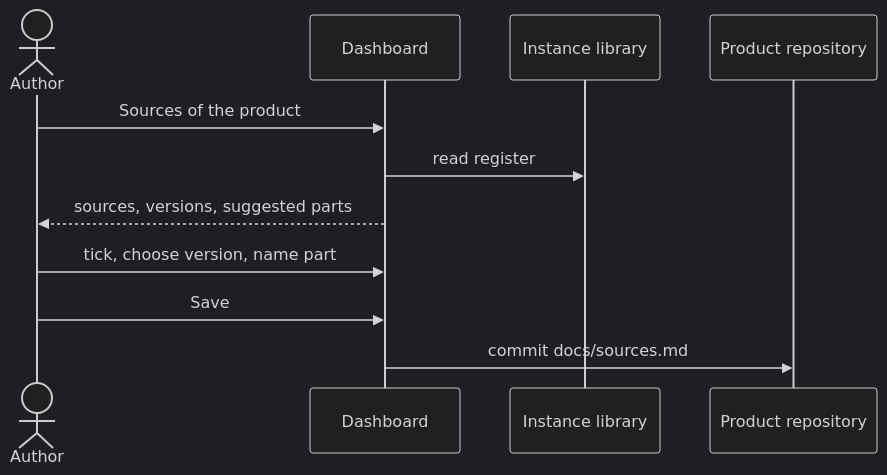
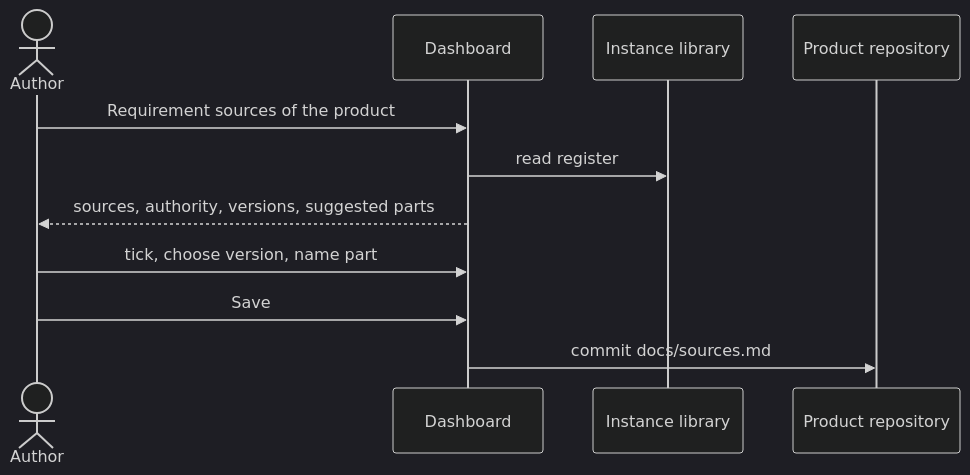
Before and after one commit to akmaier/agent-m: the diagram in docs/use-cases/UC-015-link-sources-to-a-product.md, drawn with Mermaid (dark theme). The commit also changed other lines of this file and 57 other files, not shown here.

````diff
--- a/docs/use-cases/UC-015-link-sources-to-a-product.md
+++ b/docs/use-cases/UC-015-link-sources-to-a-product.md
@@ -44,13 +59,13 @@
 ```mermaid
 sequenceDiagram
     actor A as Author
     participant D as Dashboard
     participant I as Instance library
     participant P as Product repository
-    A->>D: Sources of the product
+    A->>D: Requirement sources of the product
     D->>I: read register
-    D-->>A: sources, versions, suggested parts
+    D-->>A: sources, authority, versions, suggested parts
     A->>D: tick, choose version, name part
     A->>D: Save
     D->>P: commit docs/sources.md
 ```
````
